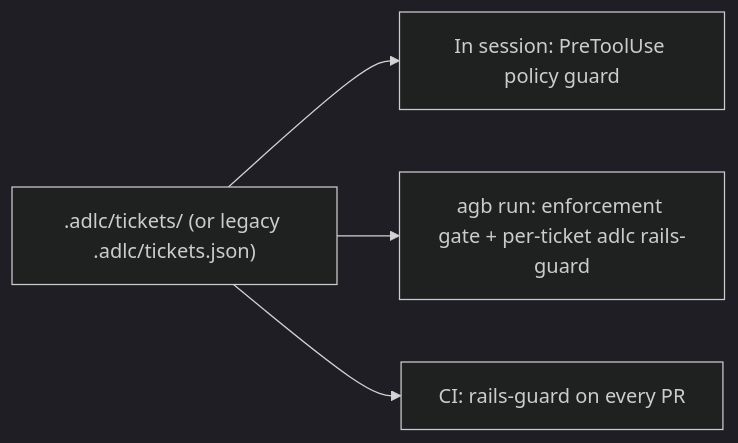
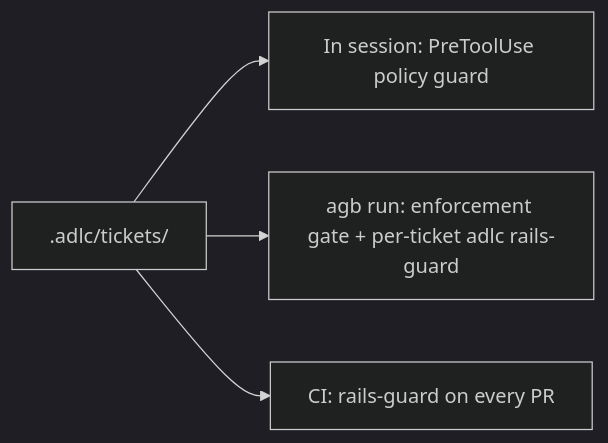
The diagram in website/content/docs/concepts/rail-enforcement.mdx (voodootikigod/antigravity-booster), drawn with Mermaid (dark theme) before and after one commit. The commit also changed 65 other files, not shown here.

First line of the commit message:
chore: modernize for agy 1.4.7 and ADLC 1.12.0 (retire legacy tickets.json) (#137)

````diff
--- a/website/content/docs/concepts/rail-enforcement.mdx
+++ b/website/content/docs/concepts/rail-enforcement.mdx
@@ -10,6 +10,6 @@
 ```mermaid
 flowchart LR
-  S[".adlc/tickets/ (or legacy .adlc/tickets.json)"] --> H["In session: PreToolUse policy guard"]
+  S[".adlc/tickets/"] --> H["In session: PreToolUse policy guard"]
   S --> R["agb run: enforcement gate + per-ticket adlc rails-guard"]
   S --> C["CI: rails-guard on every PR"]
 ```
````
